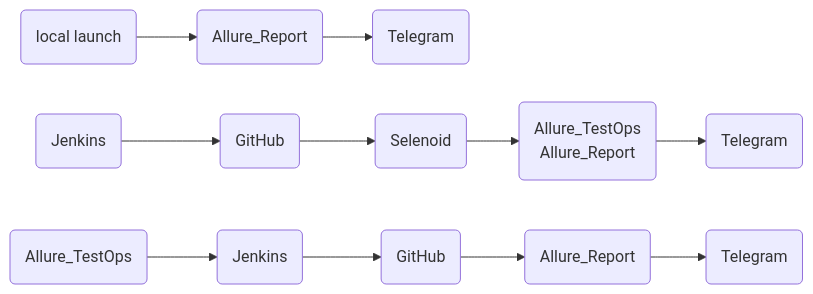
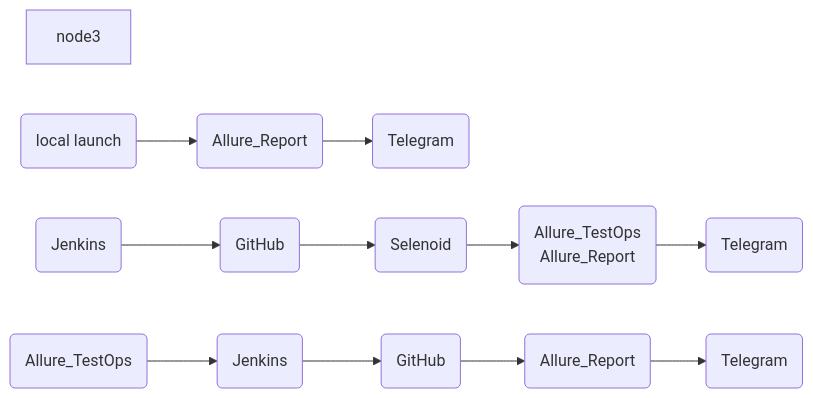
The diagram in README.md (maxkonushkin/FirstProject), drawn with Mermaid before and after one commit.

Commit message:
add mermaid

````diff
--- a/README.md
+++ b/README.md
@@ -60,8 +60,9 @@
 ``` mermaid
 flowchart LR;
+node3;
 A(local launch)-->B(Allure_Report)-->P(Telegram);
     C(Jenkins)-->D(GitHub)-->U(Selenoid);
     U(Selenoid)-->I(Allure_TestOps
     Allure_Report)-->O(Telegram);
     Q(Allure_TestOps)-->W(Jenkins)-->R(GitHub)-->T(Allure_Report)-->Y(Telegram); 
 ```
````
